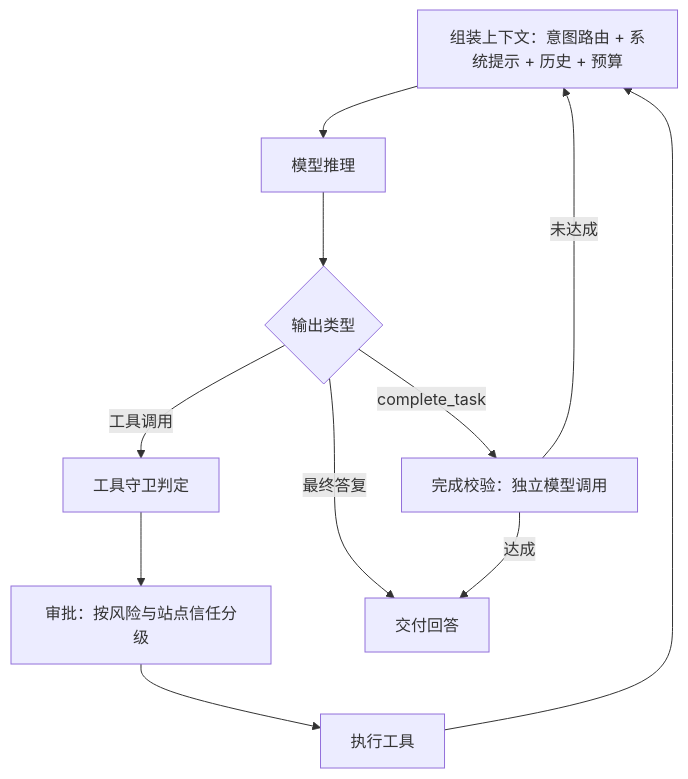
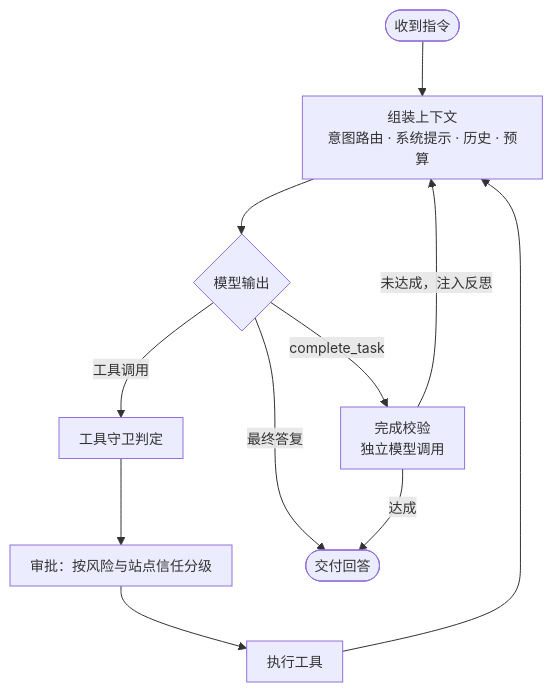
One commit to marioyyds/RecallFlow changed the fifth of 5 diagrams in README.md. Above: the diagram before and after it, drawn with Mermaid. The commit also changed other lines of this file and 1 other file, not shown here.

First line of the commit message:
docs(readme): mermaid 图升级为带分组、编号与批注的样式

````diff
--- a/README.md
+++ b/README.md
@@ -139,13 +160,14 @@
 ```mermaid
+%%{init: {"flowchart":{"curve":"basis","nodeSpacing":40,"rankSpacing":55,"padding":10},"themeVariables":{"fontSize":"14px"}}}%%
 flowchart TD
-    A["组装上下文：意图路由 + 系统提示 + 历史 + 预算"] --> B["模型推理"]
-    B --> C{"输出类型"}
+    A(["收到指令"]) --> B["组装上下文<br/>意图路由 · 系统提示 · 历史 · 预算"]
+    B --> C{"模型输出"}
     C -->|工具调用| D["工具守卫判定"]
     D --> E["审批：按风险与站点信任分级"]
     E --> F["执行工具"]
-    F --> A
-    C -->|最终答复| G["交付回答"]
-    C -->|complete_task| H["完成校验：独立模型调用"]
-    H -->|未达成| A
+    F --> B
+    C -->|最终答复| G(["交付回答"])
+    C -->|complete_task| H["完成校验<br/>独立模型调用"]
+    H -->|未达成，注入反思| B
     H -->|达成| G
 ```
````
